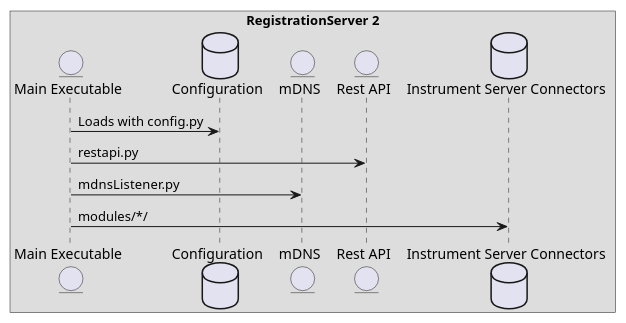
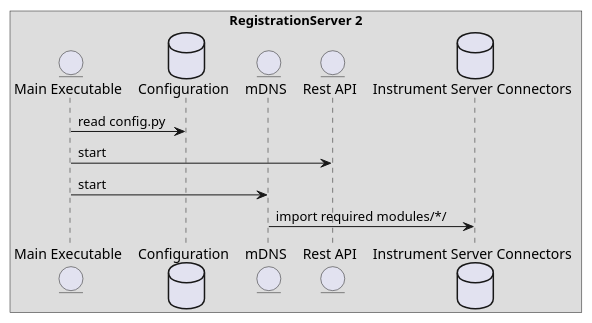
One commit to SARAD-GmbH/RegServer changed the diagram in doc/source/uml-main.puml. Above: the diagram before and after it, drawn with PlantUML. The commit also changed 73 other files, not shown here.

First line of the commit message:
Docs: detail UML diagrams for modules

```diff
--- a/doc/source/uml-main.puml
+++ b/doc/source/uml-main.puml
@@ -1,13 +1,13 @@
 @startuml
 box "RegistrationServer 2"
 entity "Main Executable" as main
 database "Configuration" as config
 entity "mDNS" as mdns
 entity "Rest API" as api
 database "Instrument Server Connectors" as modules
 end box
-main -> config : Loads with config.py
-main -> api : restapi.py
-main -> mdns : mdnsListener.py
-main -> modules : modules/*/
+main -> config : read config.py
+main -> api : start
+main -> mdns : start
+mdns -> modules : import required modules/*/
 @enduml
```
